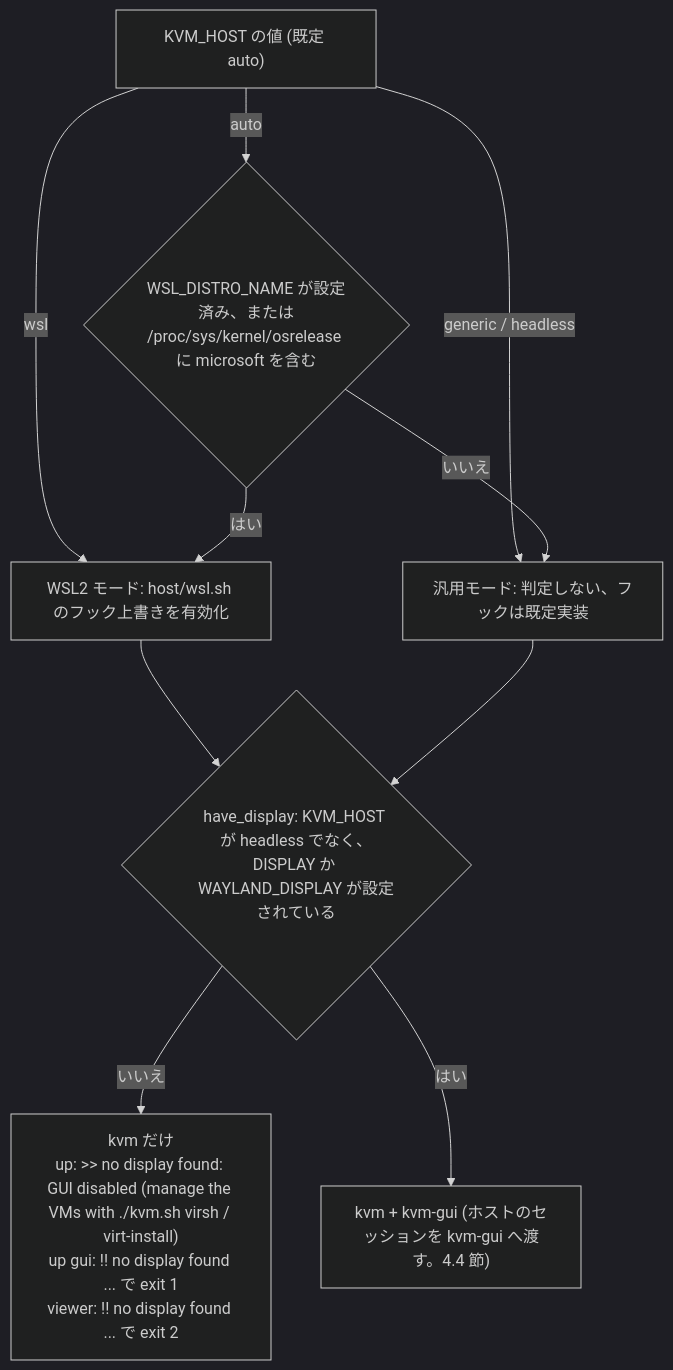
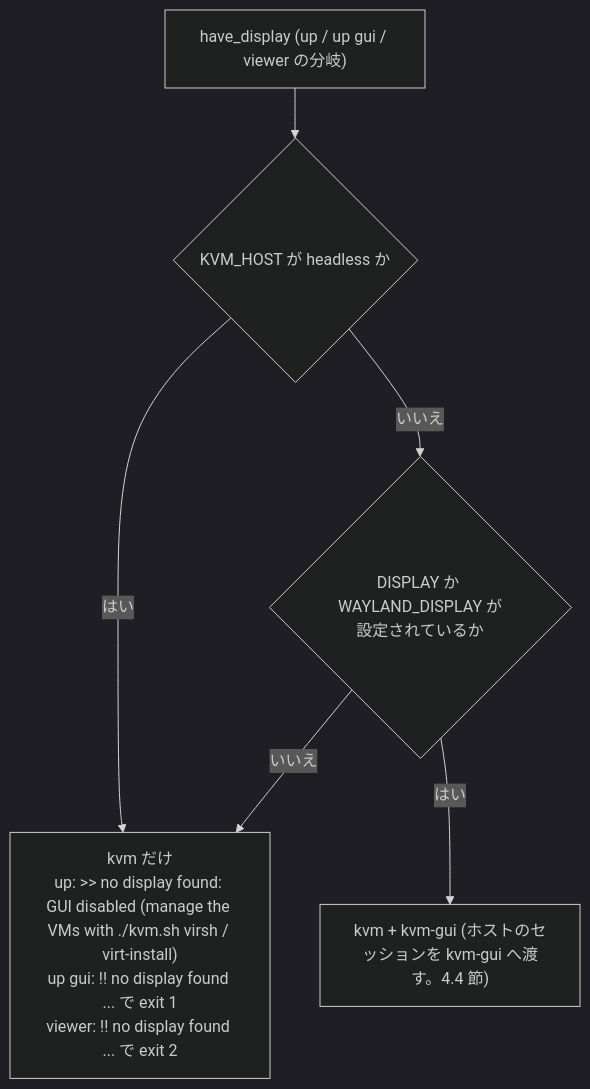
The second of 22 diagrams in docs/SPEC.md (ryo-aoki-pc/kvm-container), drawn with Mermaid (dark theme) before and after one commit. The commit also changed other lines of this file and 9 other files, not shown here.

````diff
--- a/docs/SPEC.md
+++ b/docs/SPEC.md
@@ -103,12 +98,8 @@
 ```mermaid
 flowchart TD
-  start["KVM_HOST の値 (既定 auto)"] -->|"wsl"| W["WSL2 モード: host/wsl.sh のフック上書きを有効化"]
-  start -->|"generic / headless"| G["汎用モード: 判定しない、フックは既定実装"]
-  start -->|"auto"| chk{"WSL_DISTRO_NAME が設定済み、または<br/>/proc/sys/kernel/osrelease に microsoft を含む"}
-  chk -->|"はい"| W
-  chk -->|"いいえ"| G
-  W --> hd{"have_display: KVM_HOST が headless でなく、<br/>DISPLAY か WAYLAND_DISPLAY が設定されている"}
-  G --> hd
-  hd -->|"いいえ"| H["kvm だけ<br/>up: >> no display found: GUI disabled (manage the VMs with ./kvm.sh virsh / virt-install)<br/>up gui: !! no display found ... で exit 1<br/>viewer: !! no display found ... で exit 2"]
-  hd -->|"はい"| D["kvm + kvm-gui (ホストのセッションを kvm-gui へ渡す。4.4 節)"]
+  start["have_display (up / up gui / viewer の分岐)"] --> k{"KVM_HOST が headless か"}
+  k -->|"はい"| H
+  k -->|"いいえ"| e{"DISPLAY か WAYLAND_DISPLAY が<br/>設定されているか"}
+  e -->|"いいえ"| H["kvm だけ<br/>up: >> no display found: GUI disabled (manage the VMs with ./kvm.sh virsh / virt-install)<br/>up gui: !! no display found ... で exit 1<br/>viewer: !! no display found ... で exit 2"]
+  e -->|"はい"| D["kvm + kvm-gui (ホストのセッションを kvm-gui へ渡す。4.4 節)"]
 ```
````
